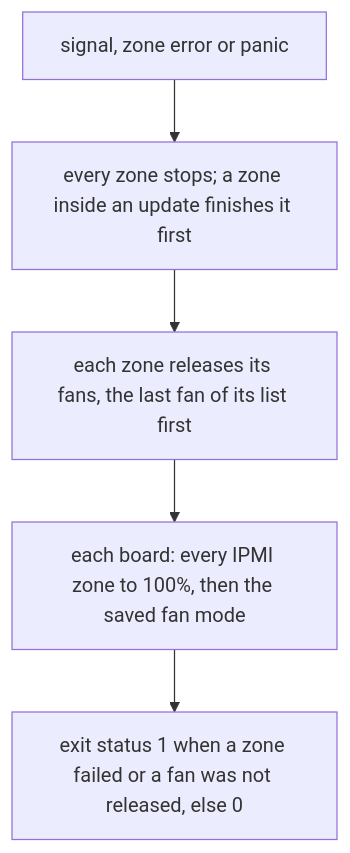
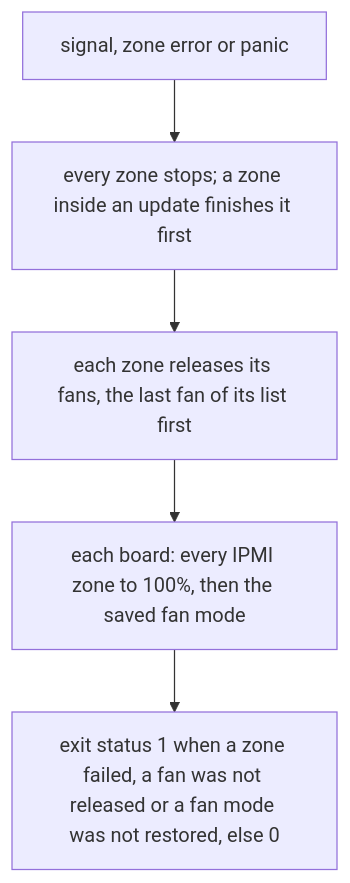
The diagram in docs/failure.md (mniehe/coolerd), drawn with Mermaid before and after one commit. The commit also changed other lines of this file and 6 other files, not shown here.

Commit message:
fix(main): fail the exit on a zone error after a signal or a failed fan-mode restore

````diff
--- a/docs/failure.md
+++ b/docs/failure.md
@@ -87,7 +87,7 @@
 ```mermaid
 flowchart TD
     A[signal, zone error or panic] --> B[every zone stops; a zone inside an update finishes it first]
     B --> C[each zone releases its fans, the last fan of its list first]
     C --> D[each board: every IPMI zone to 100%, then the saved fan mode]
-    D --> E[exit status 1 when a zone failed or a fan was not released, else 0]
+    D --> E[exit status 1 when a zone failed, a fan was not released or a fan mode was not restored, else 0]
 ```
````
